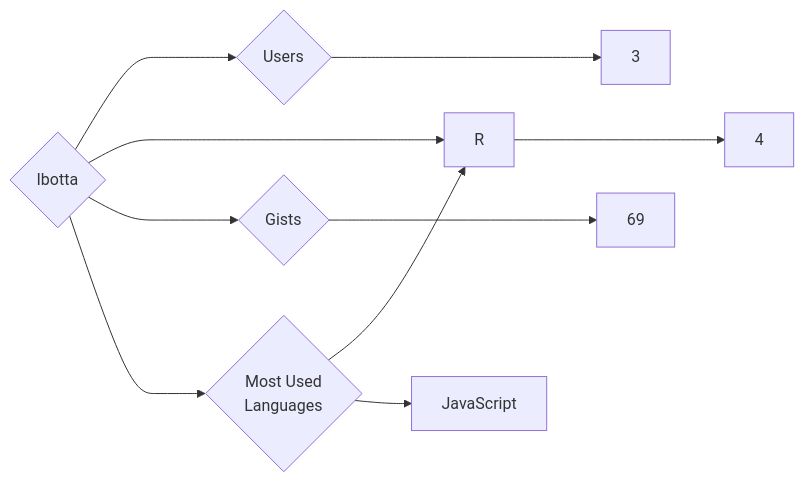
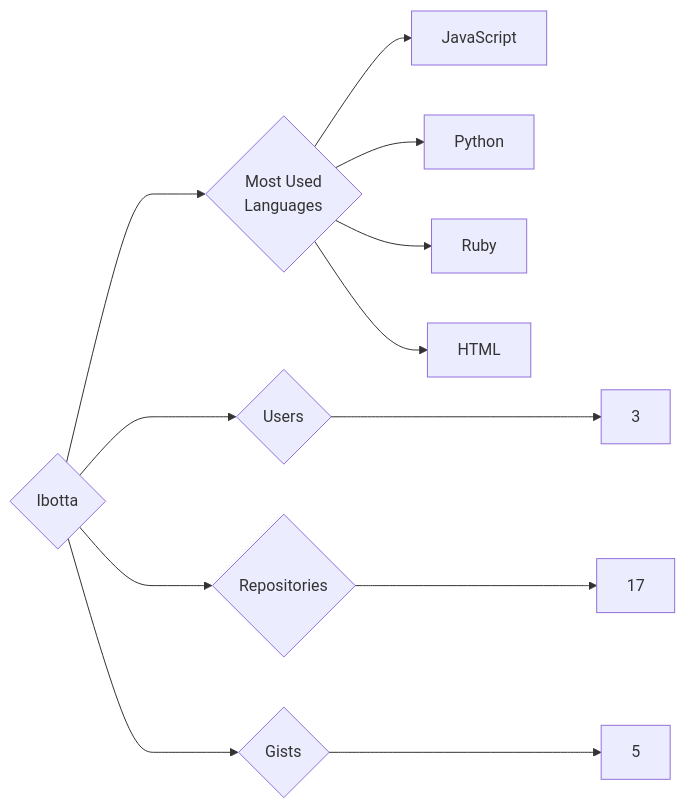
One commit to trickest/insiders changed the diagram in targets/Ibotta/README.md. Above: the diagram before and after it, drawn with Mermaid. The commit also changed 912 other files, not shown here.

````diff
--- a/targets/Ibotta/README.md
+++ b/targets/Ibotta/README.md
@@ -3,10 +3,12 @@
 ```mermaid
 graph LR
 COMPANY_NAME{Ibotta}
 COMPANY_NAME ---> U{Users} ---> UN[3]
-COMPANY_NAME ---> R{Repositories} ---> RN[4]
-COMPANY_NAME ---> G{Gists} ---> GN[69]
+COMPANY_NAME ---> R{Repositories} ---> RN[17]
+COMPANY_NAME ---> G{Gists} ---> GN[5]
 COMPANY_NAME ---> ML{Most Used<br>Languages}
-ML --> R[R]
 ML --> JavaScript[JavaScript]
+ML --> Python[Python]
+ML --> Ruby[Ruby]
+ML --> HTML[HTML]
 ```
````
